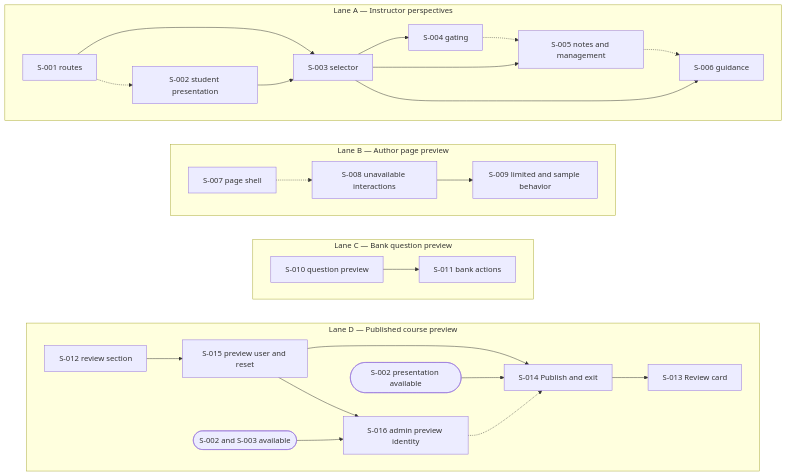
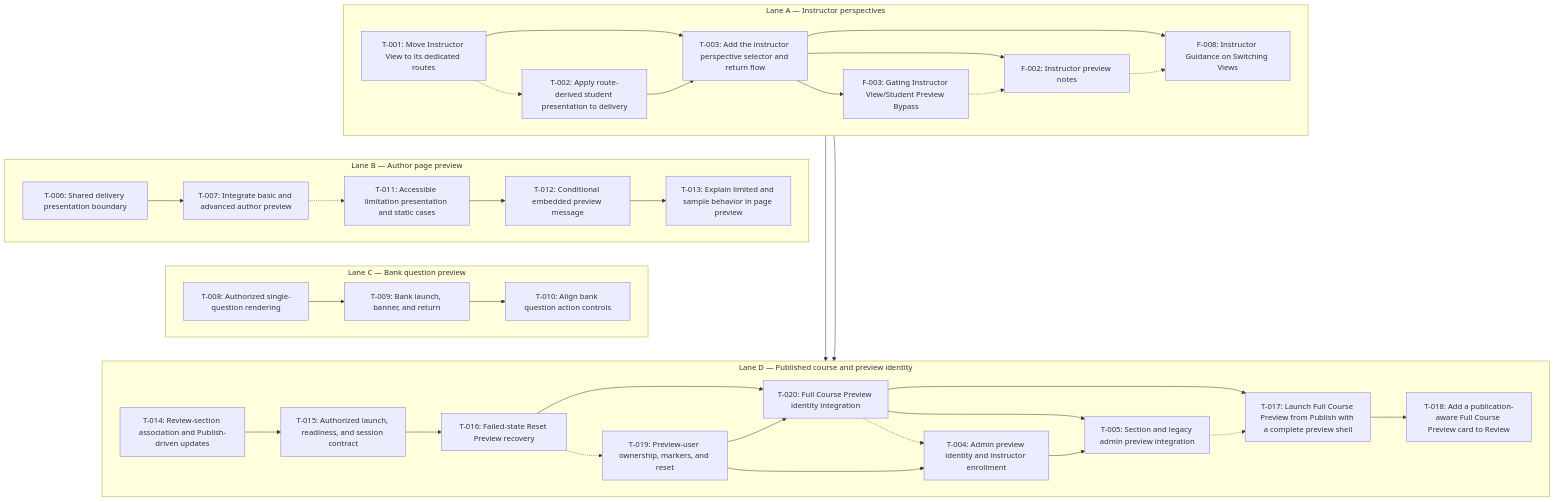
Before and after one commit to Simon-Initiative/oli-torus: the diagram in docs/exec-plans/current/epics/user-preview/epic.md, drawn with Mermaid. The commit also changed other lines of this file and 48 other files, not shown here.

Commit message:
docs: record verified user preview ticket replacement

````diff
--- a/docs/exec-plans/current/epics/user-preview/epic.md
+++ b/docs/exec-plans/current/epics/user-preview/epic.md
@@ -415,29 +439,67 @@
 ```mermaid
 flowchart TB
   subgraph A["Lane A — Instructor perspectives"]
     direction LR
-    A1[S-001 routes] -.-> A2[S-002 student presentation]
-    A1 --> A3[S-003 selector]
-    A2 --> A3 --> A4[S-004 gating]
-    A4 -.-> A5[S-005 notes and management] -.-> A6[S-006 guidance]
-    A3 --> A5
-    A3 --> A6
+    T001["T-001: Move Instructor View to its dedicated routes"]
+    T002["T-002: Apply route-derived student presentation to delivery"]
+    T003["T-003: Add the instructor perspective selector and return flow"]
+    F003["F-003: Gating Instructor View/Student Preview Bypass"]
+    F002["F-002: Instructor preview notes"]
+    F008["F-008: Instructor Guidance on Switching Views"]
   end
   subgraph B["Lane B — Author page preview"]
     direction LR
-    B1[S-007 page shell] -.-> B2[S-008 unavailable interactions] --> B3[S-009 limited and sample behavior]
+    T006["T-006: Shared delivery presentation boundary"]
+    T007["T-007: Integrate basic and advanced author preview"]
+    T011["T-011: Accessible limitation presentation and static cases"]
+    T012["T-012: Conditional embedded preview message"]
+    T013["T-013: Explain limited and sample behavior in page preview"]
   end
   subgraph C["Lane C — Bank question preview"]
     direction LR
-    C1[S-010 question preview] --> C2[S-011 bank actions]
+    T008["T-008: Authorized single-question rendering"]
+    T009["T-009: Bank launch, banner, and return"]
+    T010["T-010: Align bank question action controls"]
   end
-  subgraph D["Lane D — Published course preview"]
+  subgraph D["Lane D — Published course and preview identity"]
     direction LR
-    D1[S-012 review section] --> DU[S-015 preview user and reset] --> DA[S-016 admin preview identity]
-    DA -.-> D2[S-014 Publish and exit] --> D3[S-013 Review card]
-    DU --> D2
-    DC([S-002 and S-003 available]) --> DA
-    D0([S-002 presentation available]) --> D2
+    T014["T-014: Review-section association and Publish-driven updates"]
+    T015["T-015: Authorized launch, readiness, and session contract"]
+    T016["T-016: Failed-state Reset Preview recovery"]
+    T019["T-019: Preview-user ownership, markers, and reset"]
+    T020["T-020: Full Course Preview identity integration"]
+    T004["T-004: Admin preview identity and instructor enrollment"]
+    T005["T-005: Section and legacy admin preview integration"]
+    T017["T-017: Launch Full Course Preview from Publish with a complete preview shell"]
+    T018["T-018: Add a publication-aware Full Course Preview card to Review"]
   end
+  T001 --> T003
+  T002 --> T003
+  T002 --> T017
+  T003 --> F003
+  T003 --> F002
+  T003 --> F008
+  T003 --> T005
+  T006 --> T007
+  T011 --> T012
+  T012 --> T013
+  T008 --> T009
+  T009 --> T010
+  T014 --> T015
+  T015 --> T016
+  T016 --> T020
+  T019 --> T020
+  T019 --> T004
+  T020 --> T017
+  T020 --> T005
+  T004 --> T005
+  T017 --> T018
+  T001 -.-> T002
+  F003 -.-> F002
+  F002 -.-> F008
+  T007 -.-> T011
+  T016 -.-> T019
+  T020 -.-> T004
+  T005 -.-> T017
   A ~~~ B ~~~ C ~~~ D
 ```
````
